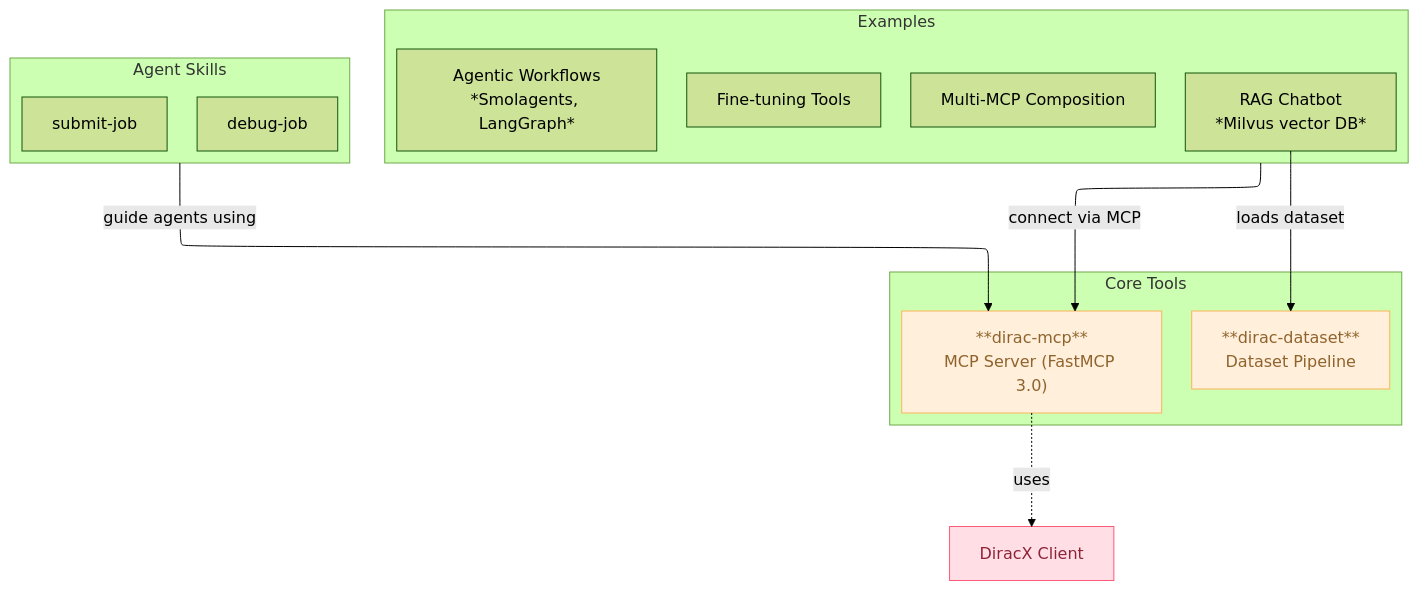
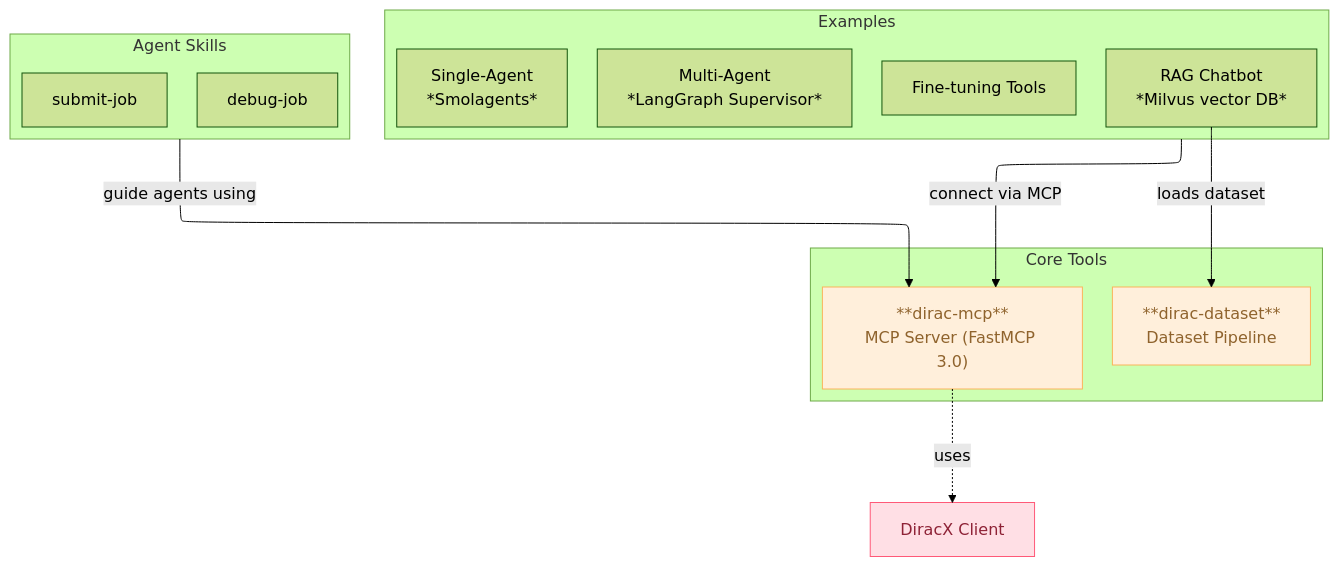
The diagram in README.md (aldbr/dirac-agentic), drawn with Mermaid (forest theme) before and after one commit. The commit also changed other lines of this file and 31 other files, not shown here.

Commit message:
feat: better multi-mcp example + restructure rag example a bit

````diff
--- a/README.md
+++ b/README.md
@@ -24,30 +24,30 @@
 ```mermaid
 ---
 config:
   layout: elk
 ---
 flowchart TD
  subgraph Core["Core Tools"]
         dirac-mcp["**dirac-mcp**\nMCP Server (FastMCP 3.0)"]
         dirac-dataset["**dirac-dataset**\nDataset Pipeline"]
   end
  subgraph Examples["Examples"]
-        agentic["Agentic Workflows\n*Smolagents, LangGraph*"]
+        single-agent["Single-Agent\n*Smolagents*"]
+        multi-agent["Multi-Agent\n*LangGraph Supervisor*"]
         rag["RAG Chatbot\n*Milvus vector DB*"]
         finetuning["Fine-tuning Tools"]
-        multi-mcp["Multi-MCP Composition"]
   end
  subgraph Skills["Agent Skills"]
         submit-job["submit-job"]
         debug-job["debug-job"]
   end
     dirac-mcp -. uses .-> dirac["DiracX Client"]
     rag -- loads dataset --> dirac-dataset
     Examples -- connect via MCP --> dirac-mcp
     Skills -- guide agents using --> dirac-mcp
      dirac-mcp:::Peach
      dirac-dataset:::Peach
      dirac:::Rose
     classDef Rose stroke-width:1px, stroke-dasharray:none, stroke:#FF5978, fill:#FFDFE5, color:#8E2236
     classDef Peach stroke-width:1px, stroke-dasharray:none, stroke:#FBB35A, fill:#FFEFDB, color:#8F632D
 ```
````
